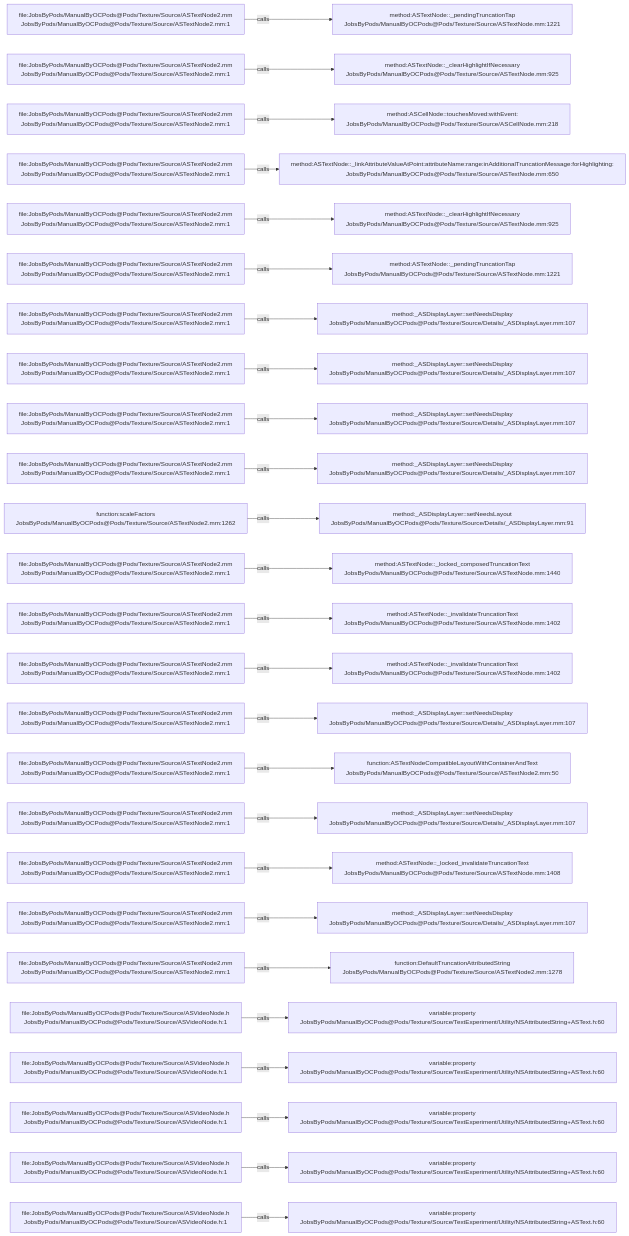
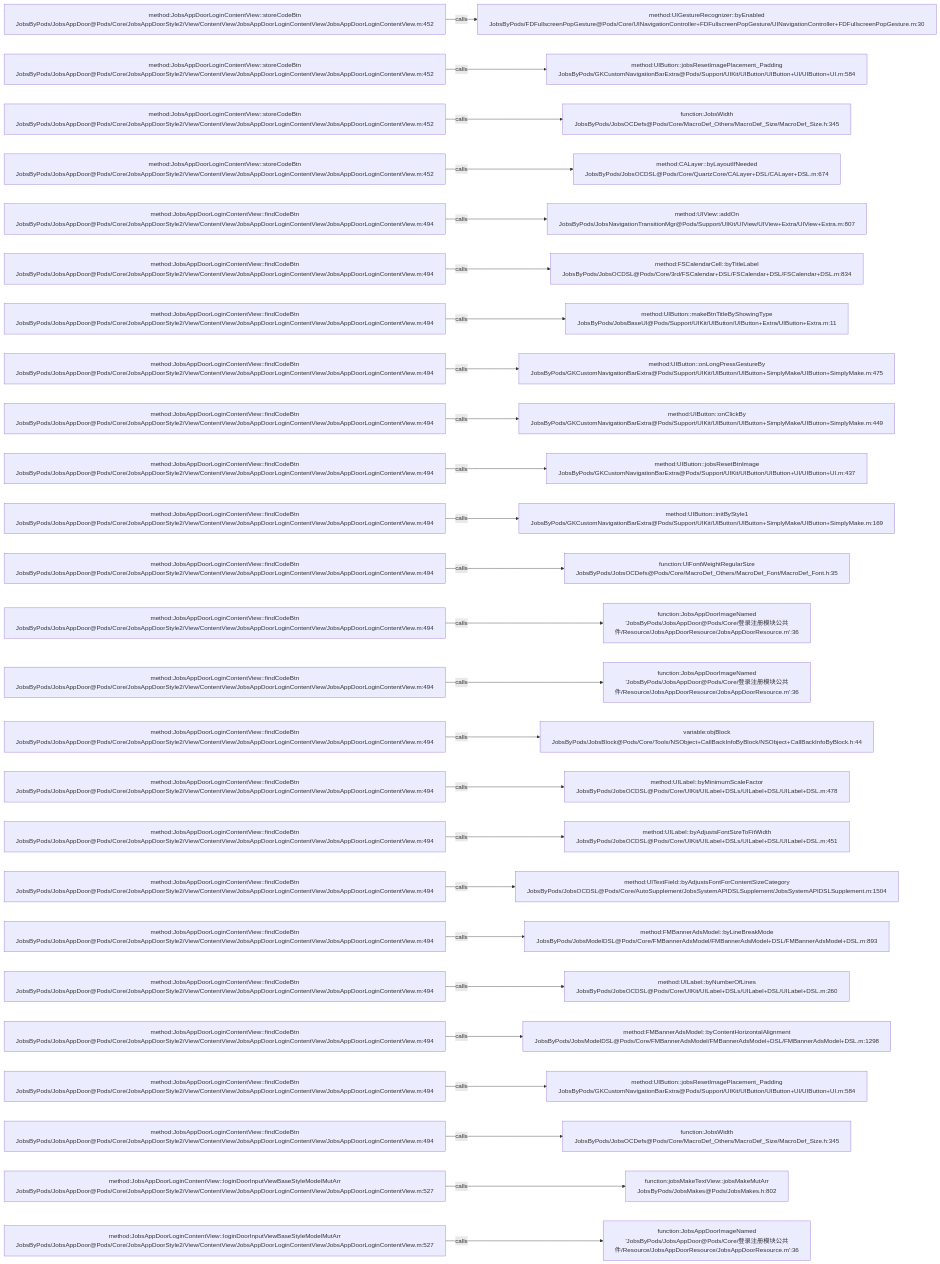
The diagram in .codegraph/codegraph.md/graphs/calls-126.md (JobsKits/JobsOCBaseConfigDemo), drawn with Mermaid before and after one commit. The commit also changed 768 other files, not shown here.

````diff
--- a/.codegraph/codegraph.md/graphs/calls-126.md
+++ b/.codegraph/codegraph.md/graphs/calls-126.md
@@ -13,78 +13,78 @@
 ```mermaid
 flowchart LR
-  S1["file:JobsByPods/ManualByOCPods@Pods/Texture/Source/ASTextNode2.mm<br/>JobsByPods/ManualByOCPods@Pods/Texture/Source/ASTextNode2.mm:1"]
-  T1["method:ASTextNode::_pendingTruncationTap<br/>JobsByPods/ManualByOCPods@Pods/Texture/Source/ASTextNode.mm:1221"]
+  S1["method:JobsAppDoorLoginContentView::storeCodeBtn<br/>JobsByPods/JobsAppDoor@Pods/Core/JobsAppDoorStyle2/View/ContentView/JobsAppDoorLoginContentView/JobsAppDoorLoginContentView.m:452"]
+  T1["method:UIGestureRecognizer::byEnabled<br/>JobsByPods/FDFullscreenPopGesture@Pods/Core/UINavigationController+FDFullscreenPopGesture/UINavigationController+FDFullscreenPopGesture.m:30"]
   S1 -->|calls| T1
-  S2["file:JobsByPods/ManualByOCPods@Pods/Texture/Source/ASTextNode2.mm<br/>JobsByPods/ManualByOCPods@Pods/Texture/Source/ASTextNode2.mm:1"]
-  T2["method:ASTextNode::_clearHighlightIfNecessary<br/>JobsByPods/ManualByOCPods@Pods/Texture/Source/ASTextNode.mm:925"]
+  S2["method:JobsAppDoorLoginContentView::storeCodeBtn<br/>JobsByPods/JobsAppDoor@Pods/Core/JobsAppDoorStyle2/View/ContentView/JobsAppDoorLoginContentView/JobsAppDoorLoginContentView.m:452"]
+  T2["method:UIButton::jobsResetImagePlacement_Padding<br/>JobsByPods/GKCustomNavigationBarExtra@Pods/Support/UIKit/UIButton/UIButton+UI/UIButton+UI.m:584"]
   S2 -->|calls| T2
-  S3["file:JobsByPods/ManualByOCPods@Pods/Texture/Source/ASTextNode2.mm<br/>JobsByPods/ManualByOCPods@Pods/Texture/Source/ASTextNode2.mm:1"]
-  T3["method:ASCellNode::touchesMoved:withEvent:<br/>JobsByPods/ManualByOCPods@Pods/Texture/Source/ASCellNode.mm:218"]
+  S3["method:JobsAppDoorLoginContentView::storeCodeBtn<br/>JobsByPods/JobsAppDoor@Pods/Core/JobsAppDoorStyle2/View/ContentView/JobsAppDoorLoginContentView/JobsAppDoorLoginContentView.m:452"]
+  T3["function:JobsWidth<br/>JobsByPods/JobsOCDefs@Pods/Core/MacroDef_Others/MacroDef_Size/MacroDef_Size.h:345"]
   S3 -->|calls| T3
-  S4["file:JobsByPods/ManualByOCPods@Pods/Texture/Source/ASTextNode2.mm<br/>JobsByPods/ManualByOCPods@Pods/Texture/Source/ASTextNode2.mm:1"]
-  T4["method:ASTextNode::_linkAttributeValueAtPoint:attributeName:range:inAdditionalTruncationMessage:forHighlighting:<br/>JobsByPods/ManualByOCPods@Pods/Texture/Source/ASTextNode.mm:650"]
+  S4["method:JobsAppDoorLoginContentView::storeCodeBtn<br/>JobsByPods/JobsAppDoor@Pods/Core/JobsAppDoorStyle2/View/ContentView/JobsAppDoorLoginContentView/JobsAppDoorLoginContentView.m:452"]
+  T4["method:CALayer::byLayoutIfNeeded<br/>JobsByPods/JobsOCDSL@Pods/Core/QuartzCore/CALayer+DSL/CALayer+DSL.m:674"]
   S4 -->|calls| T4
-  S5["file:JobsByPods/ManualByOCPods@Pods/Texture/Source/ASTextNode2.mm<br/>JobsByPods/ManualByOCPods@Pods/Texture/Source/ASTextNode2.mm:1"]
-  T5["method:ASTextNode::_clearHighlightIfNecessary<br/>JobsByPods/ManualByOCPods@Pods/Texture/Source/ASTextNode.mm:925"]
+  S5["method:JobsAppDoorLoginContentView::findCodeBtn<br/>JobsByPods/JobsAppDoor@Pods/Core/JobsAppDoorStyle2/View/ContentView/JobsAppDoorLoginContentView/JobsAppDoorLoginContentView.m:494"]
+  T5["method:UIView::addOn<br/>JobsByPods/JobsNavigationTransitionMgr@Pods/Support/UIKit/UIView/UIView+Extra/UIView+Extra.m:807"]
   S5 -->|calls| T5
-  S6["file:JobsByPods/ManualByOCPods@Pods/Texture/Source/ASTextNode2.mm<br/>JobsByPods/ManualByOCPods@Pods/Texture/Source/ASTextNode2.mm:1"]
-  T6["method:ASTextNode::_pendingTruncationTap<br/>JobsByPods/ManualByOCPods@Pods/Texture/Source/ASTextNode.mm:1221"]
+  S6["method:JobsAppDoorLoginContentView::findCodeBtn<br/>JobsByPods/JobsAppDoor@Pods/Core/JobsAppDoorStyle2/View/ContentView/JobsAppDoorLoginContentView/JobsAppDoorLoginContentView.m:494"]
+  T6["method:FSCalendarCell::byTitleLabel<br/>JobsByPods/JobsOCDSL@Pods/Core/3rd/FSCalendar+DSL/FSCalendar+DSL/FSCalendar+DSL.m:834"]
   S6 -->|calls| T6
-  S7["file:JobsByPods/ManualByOCPods@Pods/Texture/Source/ASTextNode2.mm<br/>JobsByPods/ManualByOCPods@Pods/Texture/Source/ASTextNode2.mm:1"]
-  T7["method:_ASDisplayLayer::setNeedsDisplay<br/>JobsByPods/ManualByOCPods@Pods/Texture/Source/Details/_ASDisplayLayer.mm:107"]
+  S7["method:JobsAppDoorLoginContentView::findCodeBtn<br/>JobsByPods/JobsAppDoor@Pods/Core/JobsAppDoorStyle2/View/ContentView/JobsAppDoorLoginContentView/JobsAppDoorLoginContentView.m:494"]
+  T7["method:UIButton::makeBtnTitleByShowingType<br/>JobsByPods/JobsBaseUI@Pods/Support/UIKit/UIButton/UIButton+Extra/UIButton+Extra.m:11"]
   S7 -->|calls| T7
-  S8["file:JobsByPods/ManualByOCPods@Pods/Texture/Source/ASTextNode2.mm<br/>JobsByPods/ManualByOCPods@Pods/Texture/Source/ASTextNode2.mm:1"]
-  T8["method:_ASDisplayLayer::setNeedsDisplay<br/>JobsByPods/ManualByOCPods@Pods/Texture/Source/Details/_ASDisplayLayer.mm:107"]
+  S8["method:JobsAppDoorLoginContentView::findCodeBtn<br/>JobsByPods/JobsAppDoor@Pods/Core/JobsAppDoorStyle2/View/ContentView/JobsAppDoorLoginContentView/JobsAppDoorLoginContentView.m:494"]
+  T8["method:UIButton::onLongPressGestureBy<br/>JobsByPods/GKCustomNavigationBarExtra@Pods/Support/UIKit/UIButton/UIButton+SimplyMake/UIButton+SimplyMake.m:475"]
   S8 -->|calls| T8
-  S9["file:JobsByPods/ManualByOCPods@Pods/Texture/Source/ASTextNode2.mm<br/>JobsByPods/ManualByOCPods@Pods/Texture/Source/ASTextNode2.mm:1"]
-  T9["method:_ASDisplayLayer::setNeedsDisplay<br/>JobsByPods/ManualByOCPods@Pods/Texture/Source/Details/_ASDisplayLayer.mm:107"]
+  S9["method:JobsAppDoorLoginContentView::findCodeBtn<br/>JobsByPods/JobsAppDoor@Pods/Core/JobsAppDoorStyle2/View/ContentView/JobsAppDoorLoginContentView/JobsAppDoorLoginContentView.m:494"]
+  T9["method:UIButton::onClickBy<br/>JobsByPods/GKCustomNavigationBarExtra@Pods/Support/UIKit/UIButton/UIButton+SimplyMake/UIButton+SimplyMake.m:449"]
   S9 -->|calls| T9
-  S10["file:JobsByPods/ManualByOCPods@Pods/Texture/Source/ASTextNode2.mm<br/>JobsByPods/ManualByOCPods@Pods/Texture/Source/ASTextNode2.mm:1"]
-  T10["method:_ASDisplayLayer::setNeedsDisplay<br/>JobsByPods/ManualByOCPods@Pods/Texture/Source/Details/_ASDisplayLayer.mm:107"]
+  S10["method:JobsAppDoorLoginContentView::findCodeBtn<br/>JobsByPods/JobsAppDoor@Pods/Core/JobsAppDoorStyle2/View/ContentView/JobsAppDoorLoginContentView/JobsAppDoorLoginContentView.m:494"]
+  T10["method:UIButton::jobsResetBtnImage<br/>JobsByPods/GKCustomNavigationBarExtra@Pods/Support/UIKit/UIButton/UIButton+UI/UIButton+UI.m:437"]
   S10 -->|calls| T10
-  S11["function:scaleFactors<br/>JobsByPods/ManualByOCPods@Pods/Texture/Source/ASTextNode2.mm:1262"]
-  T11["method:_ASDisplayLayer::setNeedsLayout<br/>JobsByPods/ManualByOCPods@Pods/Texture/Source/Details/_ASDisplayLayer.mm:91"]
+  S11["method:JobsAppDoorLoginContentView::findCodeBtn<br/>JobsByPods/JobsAppDoor@Pods/Core/JobsAppDoorStyle2/View/ContentView/JobsAppDoorLoginContentView/JobsAppDoorLoginContentView.m:494"]
+  T11["method:UIButton::initByStyle1<br/>JobsByPods/GKCustomNavigationBarExtra@Pods/Support/UIKit/UIButton/UIButton+SimplyMake/UIButton+SimplyMake.m:169"]
   S11 -->|calls| T11
-  S12["file:JobsByPods/ManualByOCPods@Pods/Texture/Source/ASTextNode2.mm<br/>JobsByPods/ManualByOCPods@Pods/Texture/Source/ASTextNode2.mm:1"]
-  T12["method:ASTextNode::_locked_composedTruncationText<br/>JobsByPods/ManualByOCPods@Pods/Texture/Source/ASTextNode.mm:1440"]
+  S12["method:JobsAppDoorLoginContentView::findCodeBtn<br/>JobsByPods/JobsAppDoor@Pods/Core/JobsAppDoorStyle2/View/ContentView/JobsAppDoorLoginContentView/JobsAppDoorLoginContentView.m:494"]
+  T12["function:UIFontWeightRegularSize<br/>JobsByPods/JobsOCDefs@Pods/Core/MacroDef_Others/MacroDef_Font/MacroDef_Font.h:35"]
   S12 -->|calls| T12
-  S13["file:JobsByPods/ManualByOCPods@Pods/Texture/Source/ASTextNode2.mm<br/>JobsByPods/ManualByOCPods@Pods/Texture/Source/ASTextNode2.mm:1"]
-  T13["method:ASTextNode::_invalidateTruncationText<br/>JobsByPods/ManualByOCPods@Pods/Texture/Source/ASTextNode.mm:1402"]
+  S13["method:JobsAppDoorLoginContentView::findCodeBtn<br/>JobsByPods/JobsAppDoor@Pods/Core/JobsAppDoorStyle2/View/ContentView/JobsAppDoorLoginContentView/JobsAppDoorLoginContentView.m:494"]
+  T13["function:JobsAppDoorImageNamed<br/>'JobsByPods/JobsAppDoor@Pods/Core/登录注册模块公共件/Resource/JobsAppDoorResource/JobsAppDoorResource.m':36"]
   S13 -->|calls| T13
-  S14["file:JobsByPods/ManualByOCPods@Pods/Texture/Source/ASTextNode2.mm<br/>JobsByPods/ManualByOCPods@Pods/Texture/Source/ASTextNode2.mm:1"]
-  T14["method:ASTextNode::_invalidateTruncationText<br/>JobsByPods/ManualByOCPods@Pods/Texture/Source/ASTextNode.mm:1402"]
+  S14["method:JobsAppDoorLoginContentView::findCodeBtn<br/>JobsByPods/JobsAppDoor@Pods/Core/JobsAppDoorStyle2/View/ContentView/JobsAppDoorLoginContentView/JobsAppDoorLoginContentView.m:494"]
+  T14["function:JobsAppDoorImageNamed<br/>'JobsByPods/JobsAppDoor@Pods/Core/登录注册模块公共件/Resource/JobsAppDoorResource/JobsAppDoorResource.m':36"]
   S14 -->|calls| T14
-  S15["file:JobsByPods/ManualByOCPods@Pods/Texture/Source/ASTextNode2.mm<br/>JobsByPods/ManualByOCPods@Pods/Texture/Source/ASTextNode2.mm:1"]
-  T15["method:_ASDisplayLayer::setNeedsDisplay<br/>JobsByPods/ManualByOCPods@Pods/Texture/Source/Details/_ASDisplayLayer.mm:107"]
+  S15["method:JobsAppDoorLoginContentView::findCodeBtn<br/>JobsByPods/JobsAppDoor@Pods/Core/JobsAppDoorStyle2/View/ContentView/JobsAppDoorLoginContentView/JobsAppDoorLoginContentView.m:494"]
+  T15["variable:objBlock<br/>JobsByPods/JobsBlock@Pods/Core/Tools/NSObject+CallBackInfoByBlock/NSObject+CallBackInfoByBlock.h:44"]
   S15 -->|calls| T15
-  S16["file:JobsByPods/ManualByOCPods@Pods/Texture/Source/ASTextNode2.mm<br/>JobsByPods/ManualByOCPods@Pods/Texture/Source/ASTextNode2.mm:1"]
-  T16["function:ASTextNodeCompatibleLayoutWithContainerAndText<br/>JobsByPods/ManualByOCPods@Pods/Texture/Source/ASTextNode2.mm:50"]
+  S16["method:JobsAppDoorLoginContentView::findCodeBtn<br/>JobsByPods/JobsAppDoor@Pods/Core/JobsAppDoorStyle2/View/ContentView/JobsAppDoorLoginContentView/JobsAppDoorLoginContentView.m:494"]
+  T16["method:UILabel::byMinimumScaleFactor<br/>JobsByPods/JobsOCDSL@Pods/Core/UIKit/UILabel+DSLs/UILabel+DSL/UILabel+DSL.m:478"]
   S16 -->|calls| T16
-  S17["file:JobsByPods/ManualByOCPods@Pods/Texture/Source/ASTextNode2.mm<br/>JobsByPods/ManualByOCPods@Pods/Texture/Source/ASTextNode2.mm:1"]
-  T17["method:_ASDisplayLayer::setNeedsDisplay<br/>JobsByPods/ManualByOCPods@Pods/Texture/Source/Details/_ASDisplayLayer.mm:107"]
+  S17["method:JobsAppDoorLoginContentView::findCodeBtn<br/>JobsByPods/JobsAppDoor@Pods/Core/JobsAppDoorStyle2/View/ContentView/JobsAppDoorLoginContentView/JobsAppDoorLoginContentView.m:494"]
+  T17["method:UILabel::byAdjustsFontSizeToFitWidth<br/>JobsByPods/JobsOCDSL@Pods/Core/UIKit/UILabel+DSLs/UILabel+DSL/UILabel+DSL.m:451"]
   S17 -->|calls| T17
-  S18["file:JobsByPods/ManualByOCPods@Pods/Texture/Source/ASTextNode2.mm<br/>JobsByPods/ManualByOCPods@Pods/Texture/Source/ASTextNode2.mm:1"]
-  T18["method:ASTextNode::_locked_invalidateTruncationText<br/>JobsByPods/ManualByOCPods@Pods/Texture/Source/ASTextNode.mm:1408"]
+  S18["method:JobsAppDoorLoginContentView::findCodeBtn<br/>JobsByPods/JobsAppDoor@Pods/Core/JobsAppDoorStyle2/View/ContentView/JobsAppDoorLoginContentView/JobsAppDoorLoginContentView.m:494"]
+  T18["method:UITextField::byAdjustsFontForContentSizeCategory<br/>JobsByPods/JobsOCDSL@Pods/Core/AutoSupplement/JobsSystemAPIDSLSupplement/JobsSystemAPIDSLSupplement.m:1504"]
   S18 -->|calls| T18
-  S19["file:JobsByPods/ManualByOCPods@Pods/Texture/Source/ASTextNode2.mm<br/>JobsByPods/ManualByOCPods@Pods/Texture/Source/ASTextNode2.mm:1"]
-  T19["method:_ASDisplayLayer::setNeedsDisplay<br/>JobsByPods/ManualByOCPods@Pods/Texture/Source/Details/_ASDisplayLayer.mm:107"]
+  S19["method:JobsAppDoorLoginContentView::findCodeBtn<br/>JobsByPods/JobsAppDoor@Pods/Core/JobsAppDoorStyle2/View/ContentView/JobsAppDoorLoginContentView/JobsAppDoorLoginContentView.m:494"]
+  T19["method:FMBannerAdsModel::byLineBreakMode<br/>JobsByPods/JobsModelDSL@Pods/Core/FMBannerAdsModel/FMBannerAdsModel+DSL/FMBannerAdsModel+DSL.m:893"]
   S19 -->|calls| T19
-  S20["file:JobsByPods/ManualByOCPods@Pods/Texture/Source/ASTextNode2.mm<br/>JobsByPods/ManualByOCPods@Pods/Texture/Source/ASTextNode2.mm:1"]
-  T20["function:DefaultTruncationAttributedString<br/>JobsByPods/ManualByOCPods@Pods/Texture/Source/ASTextNode2.mm:1278"]
+  S20["method:JobsAppDoorLoginContentView::findCodeBtn<br/>JobsByPods/JobsAppDoor@Pods/Core/JobsAppDoorStyle2/View/ContentView/JobsAppDoorLoginContentView/JobsAppDoorLoginContentView.m:494"]
+  T20["method:UILabel::byNumberOfLines<br/>JobsByPods/JobsOCDSL@Pods/Core/UIKit/UILabel+DSLs/UILabel+DSL/UILabel+DSL.m:260"]
   S20 -->|calls| T20
-  S21["file:JobsByPods/ManualByOCPods@Pods/Texture/Source/ASVideoNode.h<br/>JobsByPods/ManualByOCPods@Pods/Texture/Source/ASVideoNode.h:1"]
-  T21["variable:property<br/>JobsByPods/ManualByOCPods@Pods/Texture/Source/TextExperiment/Utility/NSAttributedString+ASText.h:60"]
+  S21["method:JobsAppDoorLoginContentView::findCodeBtn<br/>JobsByPods/JobsAppDoor@Pods/Core/JobsAppDoorStyle2/View/ContentView/JobsAppDoorLoginContentView/JobsAppDoorLoginContentView.m:494"]
+  T21["method:FMBannerAdsModel::byContentHorizontalAlignment<br/>JobsByPods/JobsModelDSL@Pods/Core/FMBannerAdsModel/FMBannerAdsModel+DSL/FMBannerAdsModel+DSL.m:1298"]
   S21 -->|calls| T21
-  S22["file:JobsByPods/ManualByOCPods@Pods/Texture/Source/ASVideoNode.h<br/>JobsByPods/ManualByOCPods@Pods/Texture/Source/ASVideoNode.h:1"]
-  T22["variable:property<br/>JobsByPods/ManualByOCPods@Pods/Texture/Source/TextExperiment/Utility/NSAttributedString+ASText.h:60"]
+  S22["method:JobsAppDoorLoginContentView::findCodeBtn<br/>JobsByPods/JobsAppDoor@Pods/Core/JobsAppDoorStyle2/View/ContentView/JobsAppDoorLoginContentView/JobsAppDoorLoginContentView.m:494"]
+  T22["method:UIButton::jobsResetImagePlacement_Padding<br/>JobsByPods/GKCustomNavigationBarExtra@Pods/Support/UIKit/UIButton/UIButton+UI/UIButton+UI.m:584"]
   S22 -->|calls| T22
-  S23["file:JobsByPods/ManualByOCPods@Pods/Texture/Source/ASVideoNode.h<br/>JobsByPods/ManualByOCPods@Pods/Texture/Source/ASVideoNode.h:1"]
-  T23["variable:property<br/>JobsByPods/ManualByOCPods@Pods/Texture/Source/TextExperiment/Utility/NSAttributedString+ASText.h:60"]
+  S23["method:JobsAppDoorLoginContentView::findCodeBtn<br/>JobsByPods/JobsAppDoor@Pods/Core/JobsAppDoorStyle2/View/ContentView/JobsAppDoorLoginContentView/JobsAppDoorLoginContentView.m:494"]
+  T23["function:JobsWidth<br/>JobsByPods/JobsOCDefs@Pods/Core/MacroDef_Others/MacroDef_Size/MacroDef_Size.h:345"]
   S23 -->|calls| T23
-  S24["file:JobsByPods/ManualByOCPods@Pods/Texture/Source/ASVideoNode.h<br/>JobsByPods/ManualByOCPods@Pods/Texture/Source/ASVideoNode.h:1"]
-  T24["variable:property<br/>JobsByPods/ManualByOCPods@Pods/Texture/Source/TextExperiment/Utility/NSAttributedString+ASText.h:60"]
+  S24["method:JobsAppDoorLoginContentView::loginDoorInputViewBaseStyleModelMutArr<br/>JobsByPods/JobsAppDoor@Pods/Core/JobsAppDoorStyle2/View/ContentView/JobsAppDoorLoginContentView/JobsAppDoorLoginContentView.m:527"]
+  T24["function:jobsMakeTextView::jobsMakeMutArr<br/>JobsByPods/JobsMakes@Pods/JobsMakes.h:802"]
   S24 -->|calls| T24
-  S25["file:JobsByPods/ManualByOCPods@Pods/Texture/Source/ASVideoNode.h<br/>JobsByPods/ManualByOCPods@Pods/Texture/Source/ASVideoNode.h:1"]
-  T25["variable:property<br/>JobsByPods/ManualByOCPods@Pods/Texture/Source/TextExperiment/Utility/NSAttributedString+ASText.h:60"]
+  S25["method:JobsAppDoorLoginContentView::loginDoorInputViewBaseStyleModelMutArr<br/>JobsByPods/JobsAppDoor@Pods/Core/JobsAppDoorStyle2/View/ContentView/JobsAppDoorLoginContentView/JobsAppDoorLoginContentView.m:527"]
+  T25["function:JobsAppDoorImageNamed<br/>'JobsByPods/JobsAppDoor@Pods/Core/登录注册模块公共件/Resource/JobsAppDoorResource/JobsAppDoorResource.m':36"]
   S25 -->|calls| T25
 ```
````
